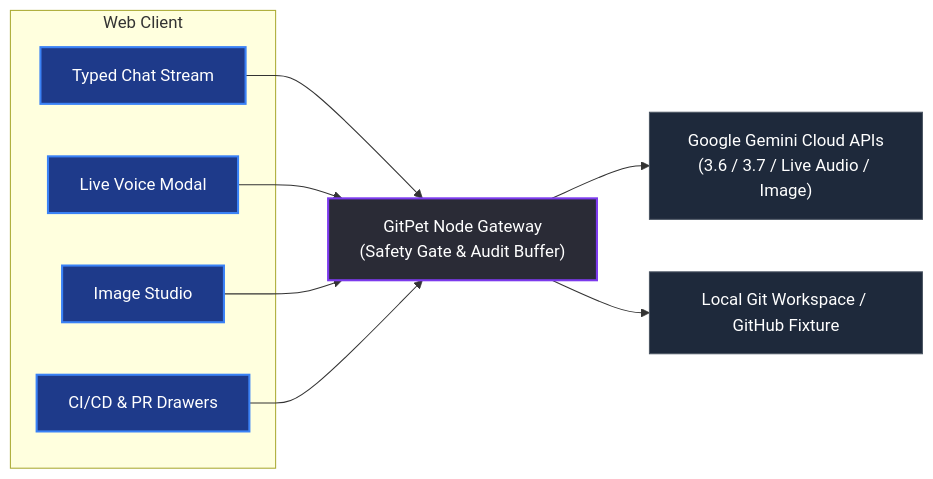
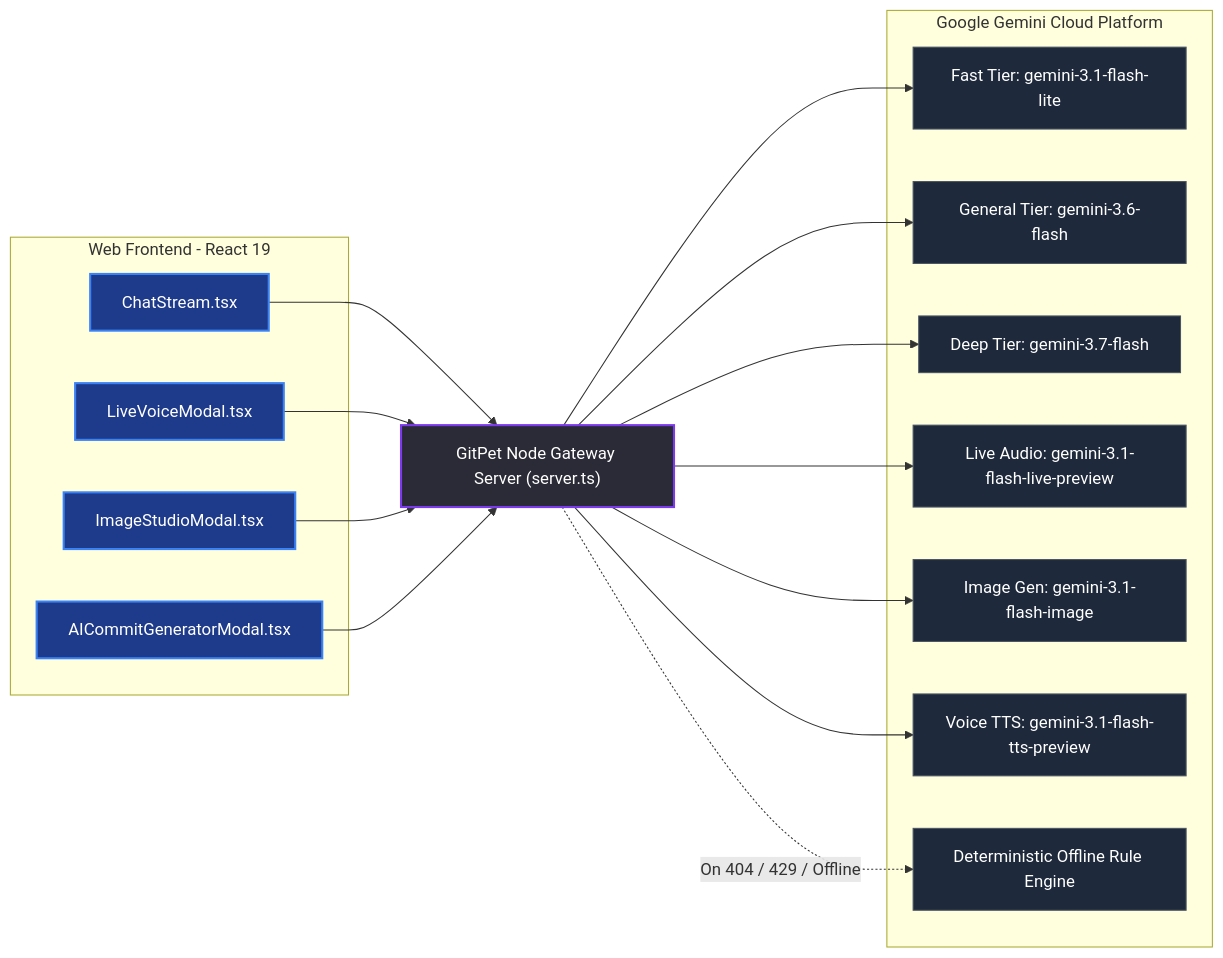
One commit to lucaswhitaker22/DevOps-for-GenAI---Ottawa-2026---Team-05-Ribbon-Patrol changed the third of 3 diagrams in docs/README.md. Above: the diagram before and after it, drawn with Mermaid. The commit also changed other lines of this file and 17 other files, not shown here.

````diff
--- a/docs/README.md
+++ b/docs/README.md
@@ -138,21 +240,30 @@
 ```mermaid
 graph LR
     classDef client fill:#1e3a8a,stroke:#3b82f6,stroke-width:2px,color:#ffffff;
     classDef gateway fill:#2a2b36,stroke:#7c3aed,stroke-width:2px,color:#ffffff;
     classDef service fill:#1e293b,stroke:#4b5563,stroke-width:1px,color:#ffffff;
 
-    subgraph Client [Web Client]
-        Chat["Typed Chat Stream"]:::client
-        Voice["Live Voice Modal"]:::client
-        Studio["Image Studio"]:::client
-        Drawers["CI/CD & PR Drawers"]:::client
+    subgraph Client [Web Frontend - React 19]
+        Chat["ChatStream.tsx"]:::client
+        Voice["LiveVoiceModal.tsx"]:::client
+        Studio["ImageStudioModal.tsx"]:::client
+        Commit["AICommitGeneratorModal.tsx"]:::client
     end
 
-    Gateway["GitPet Node Gateway<br/>(Safety Gate & Audit Buffer)"]:::gateway
-    Gemini["Google Gemini Cloud APIs<br/>(3.6 / 3.7 / Live Audio / Image)"]:::service
-    LocalGit["Local Git Workspace / GitHub Fixture"]:::service
+    Gateway["GitPet Node Gateway Server (server.ts)"]:::gateway
 
-    Chat & Voice & Studio & Drawers --> Gateway
-    Gateway --> Gemini
-    Gateway --> LocalGit
+    subgraph GeminiServices [Google Gemini Cloud Platform]
+        FastTier["Fast Tier: gemini-3.1-flash-lite"]:::service
+        GenTier["General Tier: gemini-3.6-flash"]:::service
+        DeepTier["Deep Tier: gemini-3.7-flash"]:::service
+        LiveAudio["Live Audio: gemini-3.1-flash-live-preview"]:::service
+        ImgGen["Image Gen: gemini-3.1-flash-image"]:::service
+        TTS["Voice TTS: gemini-3.1-flash-tts-preview"]:::service
+        FallbackEngine["Deterministic Offline Rule Engine"]:::service
+    end
+
+    Chat & Voice & Studio & Commit --> Gateway
+    Gateway --> FastTier & GenTier & DeepTier
+    Gateway --> LiveAudio & ImgGen & TTS
+    Gateway -.->|On 404 / 429 / Offline| FallbackEngine
 ```
````
